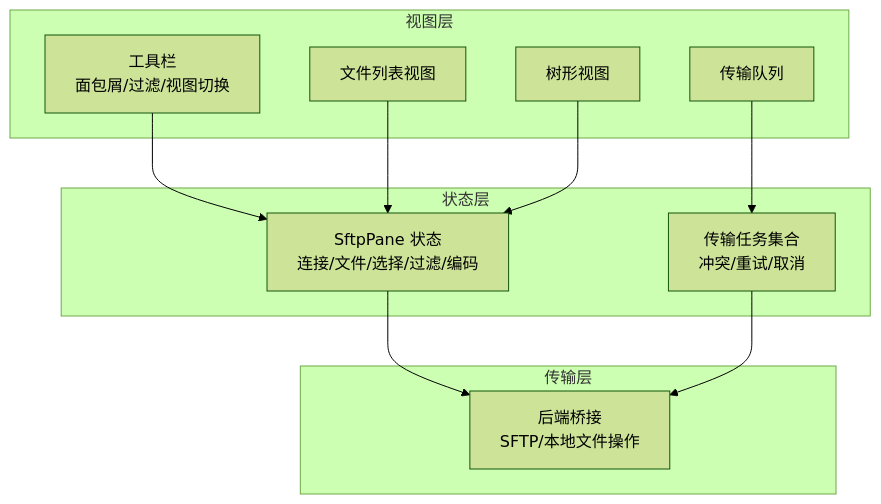
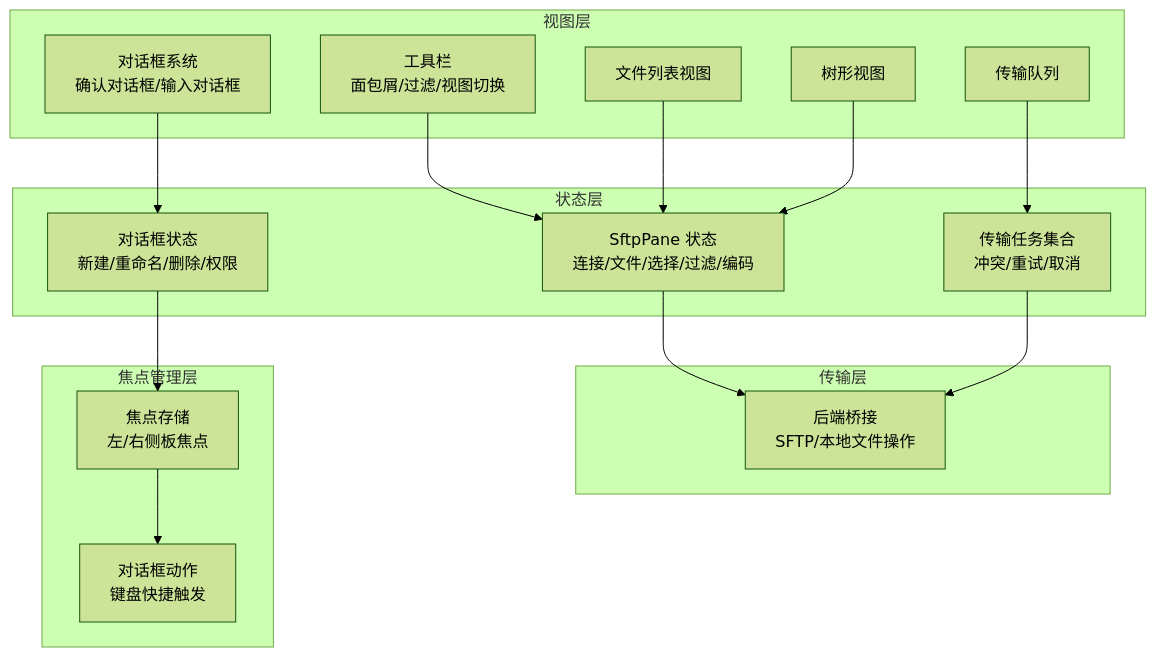
The first of 12 diagrams in .qoder/repowiki/zh/content/用户指南/SFTP文件传输/SFTP文件传输.md (szeiyou/Netcatty), drawn with Mermaid (forest theme) before and after one commit. The commit also changed other lines of this file and 6 other files, not shown here.

````diff
--- a/.qoder/repowiki/zh/content/用户指南/SFTP文件传输/SFTP文件传输.md
+++ b/.qoder/repowiki/zh/content/用户指南/SFTP文件传输/SFTP文件传输.md
@@ -39,22 +55,31 @@
 ```mermaid
 graph TB
 subgraph "视图层"
 Toolbar["工具栏<br/>面包屑/过滤/视图切换"]
 List["文件列表视图"]
 Tree["树形视图"]
 Queue["传输队列"]
+Dialogs["对话框系统<br/>确认对话框/输入对话框"]
 end
 subgraph "状态层"
 PaneState["SftpPane 状态<br/>连接/文件/选择/过滤/编码"]
 Transfers["传输任务集合<br/>冲突/重试/取消"]
+DialogState["对话框状态<br/>新建/重命名/删除/权限"]
 end
 subgraph "传输层"
 Bridge["后端桥接<br/>SFTP/本地文件操作"]
+end
+subgraph "焦点管理层"
+FocusStore["焦点存储<br/>左/右侧板焦点"]
+DialogAction["对话框动作<br/>键盘快捷触发"]
 end
 Toolbar --> PaneState
 List --> PaneState
 Tree --> PaneState
 Queue --> Transfers
+Dialogs --> DialogState
 PaneState --> Bridge
 Transfers --> Bridge
+DialogState --> FocusStore
+FocusStore --> DialogAction
 ```
````
